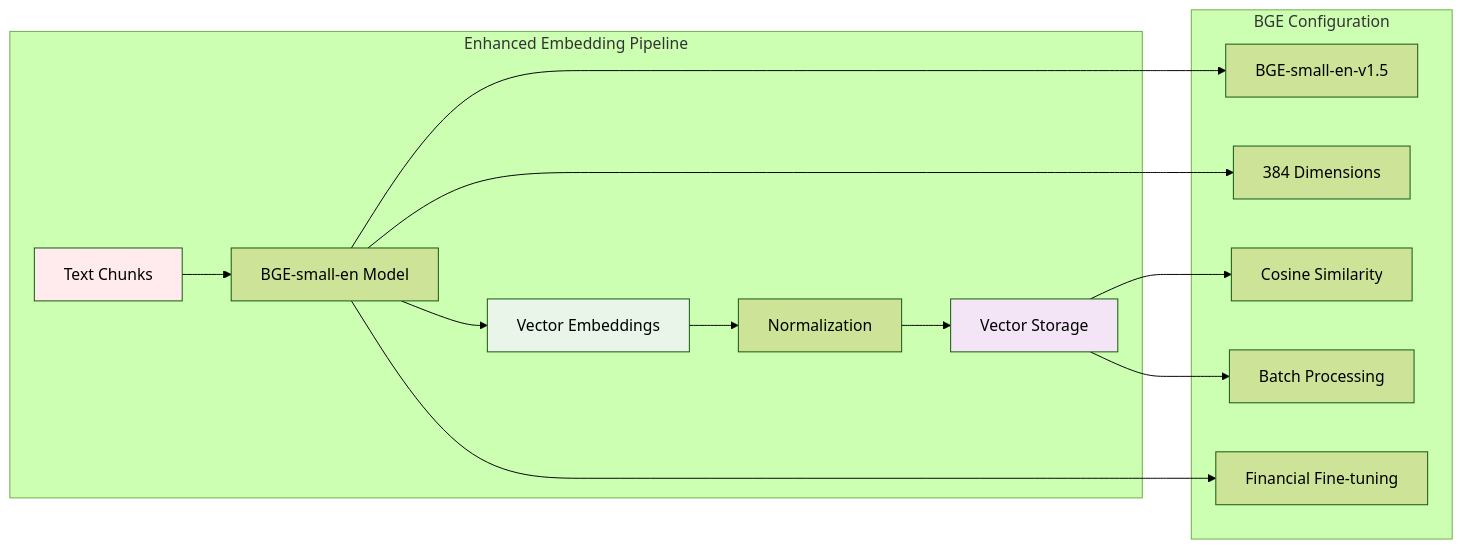
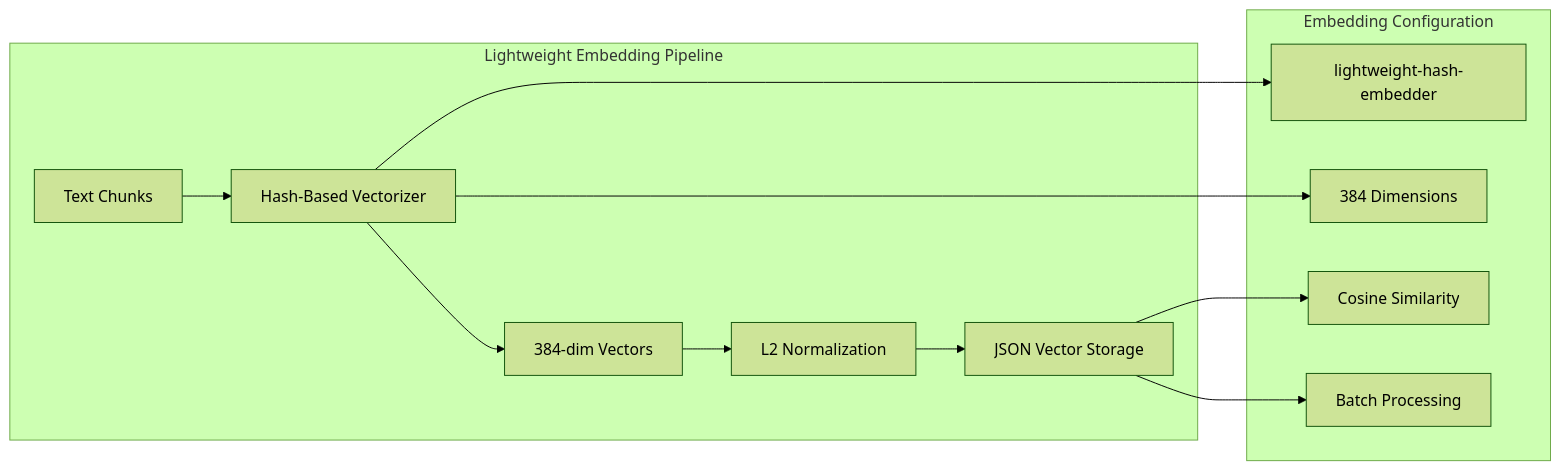
The fifth of 13 diagrams in doc/architecture.md (hey2308/Groww-RAG-chatbot), drawn with Mermaid (forest theme) before and after one commit. The commit also changed other lines of this file, not shown here.

Commit message:
Update architecture.md: reflect current tech stack (Groq, pure Python vector store, Next.js, Render)

````diff
--- a/doc/architecture.md
+++ b/doc/architecture.md
@@ -249,33 +229,27 @@
 ```mermaid
 flowchart LR
-    subgraph "Enhanced Embedding Pipeline"
+    subgraph "Lightweight Embedding Pipeline"
         Chunks[Text Chunks]
-        BGE[BGE-small-en Model]
-        Vectors[Vector Embeddings]
-        Normalize[Normalization]
-        Store[Vector Storage]
+        Hash[Hash-Based Vectorizer]
+        Vectors[384-dim Vectors]
+        Normalize[L2 Normalization]
+        Store[JSON Vector Storage]
     end
     
-    subgraph "BGE Configuration"
-        Model[BGE-small-en-v1.5]
+    subgraph "Embedding Configuration"
+        Model[lightweight-hash-embedder]
         Dim[384 Dimensions]
         Cosine[Cosine Similarity]
         Batch[Batch Processing]
-        Financial[Financial Fine-tuning]
     end
     
-    Chunks --> BGE
-    BGE --> Vectors
+    Chunks --> Hash
+    Hash --> Vectors
     Vectors --> Normalize
     Normalize --> Store
     
-    BGE --> Model
-    BGE --> Dim
+    Hash --> Model
+    Hash --> Dim
     Store --> Cosine
     Store --> Batch
-    BGE --> Financial
-    
-    style Chunks fill:#ffebee
-    style Vectors fill:#e8f5e8
-    style Store fill:#f3e5f5
 ```
````
